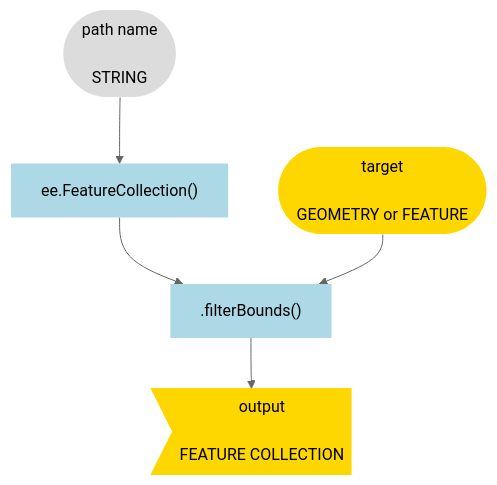
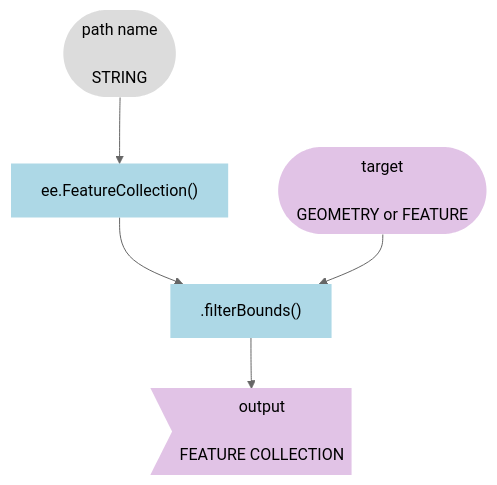
The second of 17 diagrams in src/workflows/grassland_bird_habitat.md (jeffhowarth/eeprimer), drawn with Mermaid (neutral theme) before and after one commit. The commit also changed other lines of this file and 5 other files, not shown here.

````diff
--- a/src/workflows/grassland_bird_habitat.md
+++ b/src/workflows/grassland_bird_habitat.md
@@ -104,16 +104,16 @@
 ``` mermaid
 graph TD
   method1["ee.FeatureCollection()"] ;
   arg_att1([path name\n\nSTRING]) --> method1;
 
   method1 --> method2[".filterBounds()"];
   method2 --> output>output\n\nFEATURE COLLECTION];
 
   arg_att2([target\n\nGEOMETRY or FEATURE]) --> method2;
 
   style method1 fill:#ADD8E6,stroke-width:0px
   style method2 fill:#ADD8E6,stroke-width:0px
-  style output fill:#FFD700,stroke-width:0px
+  style output fill:#E1C3E6,stroke-width:0px
   style arg_att1 fill:#DCDCDC,stroke-width:0px
-  style arg_att2 fill:#FFD700,stroke-width:0px
+  style arg_att2 fill:#E1C3E6,stroke-width:0px
 ```
````
